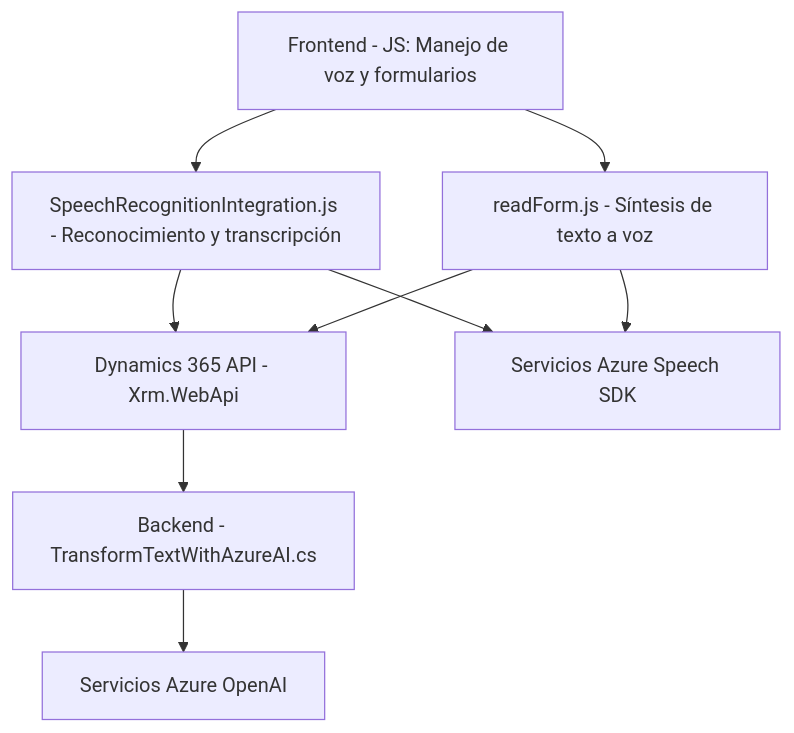
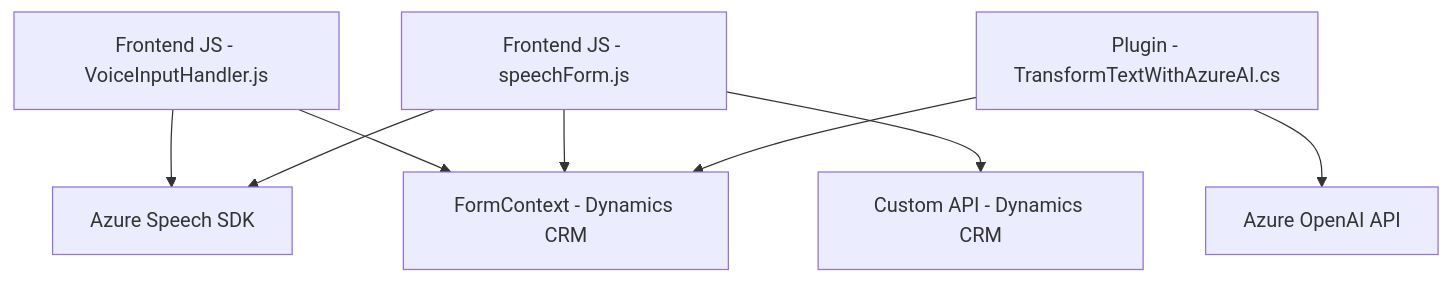
The diagram in README.md (blopezdm/NETCORE_BILBAO2025), drawn with Mermaid before and after one commit. The commit also changed other lines of this file, not shown here.

````diff
--- a/README.md
+++ b/README.md
@@ -38,19 +46,10 @@
 ```mermaid
 graph TD
-    A["Frontend - JS: Manejo de voz y formularios"]
-    B["SpeechRecognitionIntegration.js - Reconocimiento y transcripción"]
-    C["readForm.js - Síntesis de texto a voz"]
-    D["Backend - TransformTextWithAzureAI.cs"]
-    E["Dynamics 365 API - Xrm.WebApi"]
-    F["Servicios Azure Speech SDK"]
-    G["Servicios Azure OpenAI"]
-
-    A --> B
-    A --> C
-    B --> E
-    C --> E
-    E --> D
-    D --> G
-    B --> F
-    C --> F
+    A["Frontend JS - VoiceInputHandler.js"] --> B["Azure Speech SDK"]
+    A --> C["FormContext - Dynamics CRM"]
+    D["Frontend JS - speechForm.js"] --> B
+    D --> C
+    D --> E["Custom API - Dynamics CRM"]
+    F["Plugin - TransformTextWithAzureAI.cs"] --> C
+    F --> G["Azure OpenAI API"]
 ```
````
